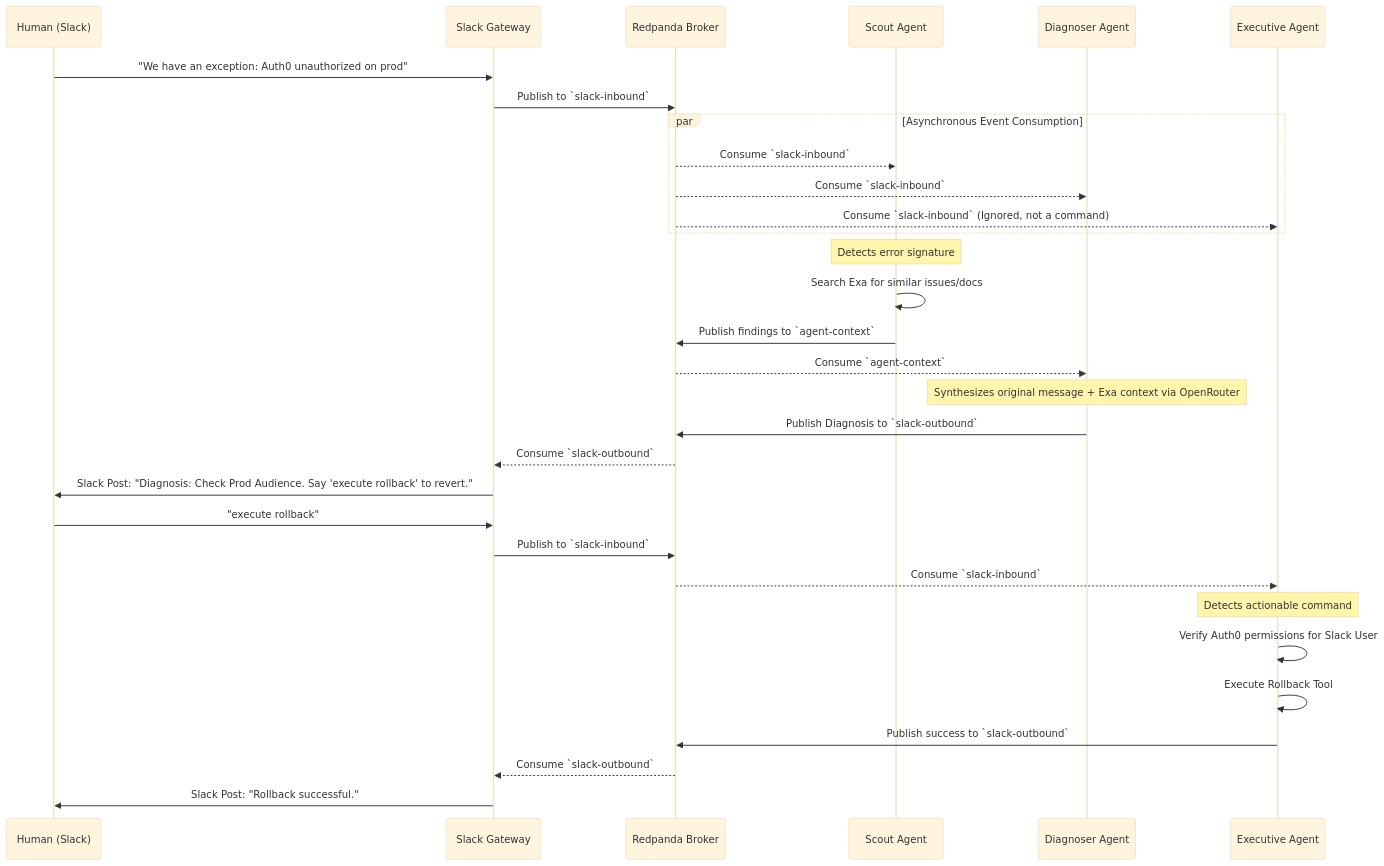
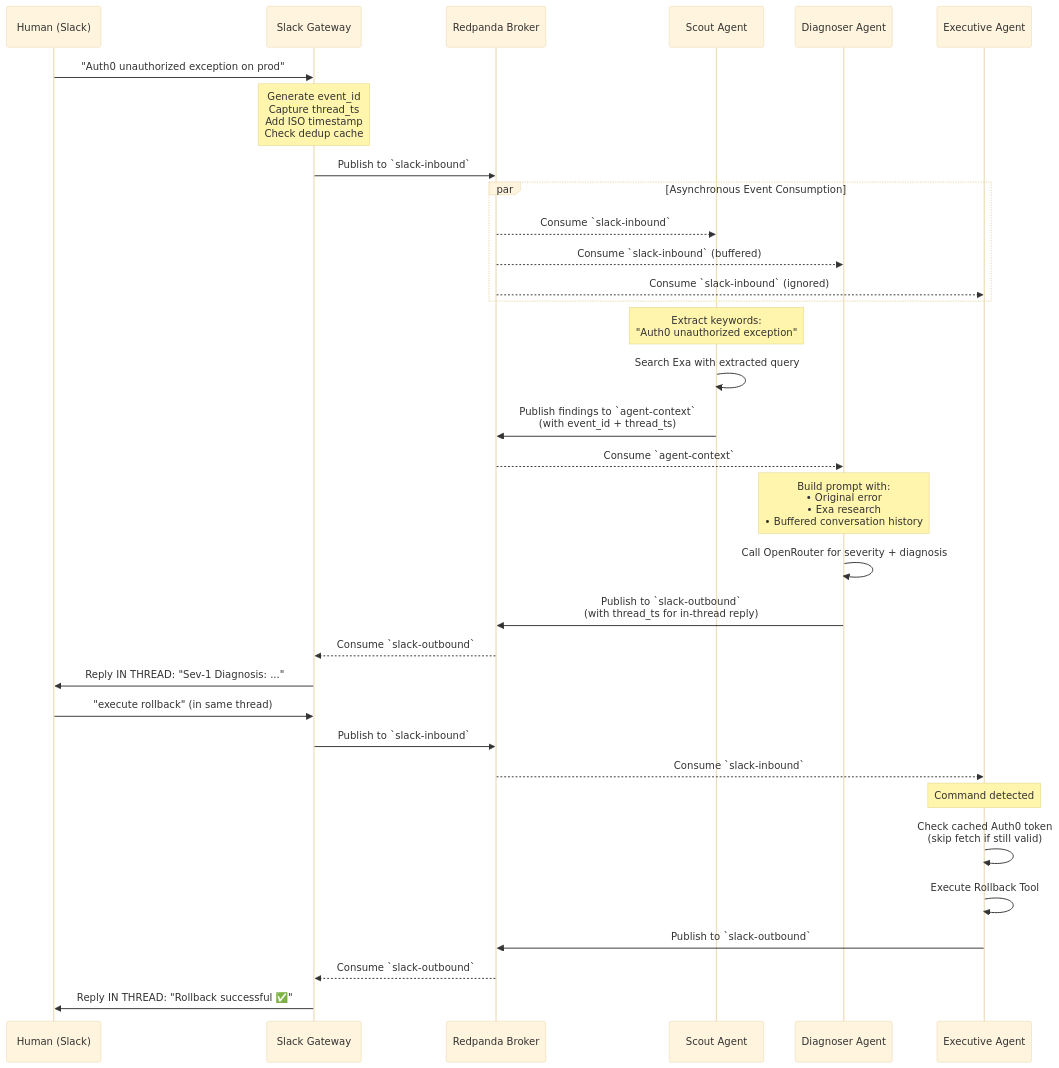
One commit to AnushaFreshStart/event-driven-war-room changed the second of 4 diagrams in ARCHITECTURE.md. Above: the diagram before and after it, drawn with Mermaid (base theme). The commit also changed other lines of this file and 6 other files, not shown here.

First line of the commit message:
Enhance agent functionality and improve error handling

````diff
--- a/ARCHITECTURE.md
+++ b/ARCHITECTURE.md
@@ -61,47 +62,49 @@
 ```mermaid
 sequenceDiagram
     participant H as Human (Slack)
     participant G as Slack Gateway
     participant K as Redpanda Broker
     participant S as Scout Agent
     participant D as Diagnoser Agent
     participant E as Executive Agent
 
     %% Initial Alert
-    H->>G: "We have an exception: Auth0 unauthorized on prod"
+    H->>G: "Auth0 unauthorized exception on prod"
+    Note over G: Generate event_id<br>Capture thread_ts<br>Add ISO timestamp<br>Check dedup cache
     G->>K: Publish to `slack-inbound`
     
     %% Parallel Processing
     par Asynchronous Event Consumption
         K-->>S: Consume `slack-inbound`
-        K-->>D: Consume `slack-inbound`
-        K-->>E: Consume `slack-inbound` (Ignored, not a command)
+        K-->>D: Consume `slack-inbound` (buffered)
+        K-->>E: Consume `slack-inbound` (ignored)
     end
     
     %% Scout Action
-    Note over S: Detects error signature
-    S->>S: Search Exa for similar issues/docs
-    S->>K: Publish findings to `agent-context`
+    Note over S: Extract keywords:<br>"Auth0 unauthorized exception"
+    S->>S: Search Exa with extracted query
+    S->>K: Publish findings to `agent-context`<br>(with event_id + thread_ts)
     
     %% Diagnoser Action
     K-->>D: Consume `agent-context`
-    Note over D: Synthesizes original message + Exa context via OpenRouter
-    D->>K: Publish Diagnosis to `slack-outbound`
+    Note over D: Build prompt with:<br>• Original error<br>• Exa research<br>• Buffered conversation history
+    D->>D: Call OpenRouter for severity + diagnosis
+    D->>K: Publish to `slack-outbound`<br>(with thread_ts for in-thread reply)
     
-    %% Gateway Action
+    %% Gateway Threads Reply
     K-->>G: Consume `slack-outbound`
-    G->>H: Slack Post: "Diagnosis: Check Prod Audience. Say 'execute rollback' to revert."
+    G->>H: Reply IN THREAD: "Sev-1 Diagnosis: ..."
     
     %% Executive Action
-    H->>G: "execute rollback"
+    H->>G: "execute rollback" (in same thread)
     G->>K: Publish to `slack-inbound`
     
     K-->>E: Consume `slack-inbound`
-    Note over E: Detects actionable command
-    E->>E: Verify Auth0 permissions for Slack User
+    Note over E: Command detected
+    E->>E: Check cached Auth0 token<br>(skip fetch if still valid)
     E->>E: Execute Rollback Tool
-    E->>K: Publish success to `slack-outbound`
+    E->>K: Publish to `slack-outbound`
     
     K-->>G: Consume `slack-outbound`
-    G->>H: Slack Post: "Rollback successful."
+    G->>H: Reply IN THREAD: "Rollback successful ✅"
 ```
````
